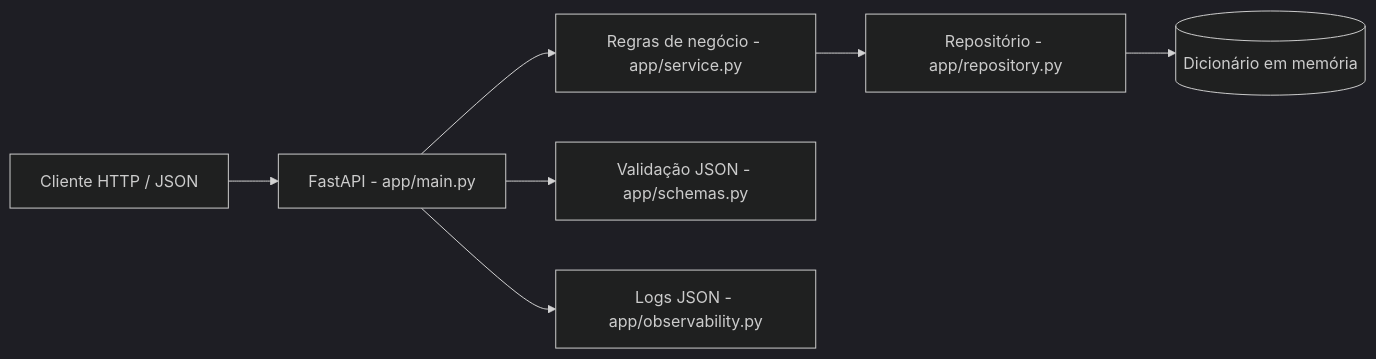
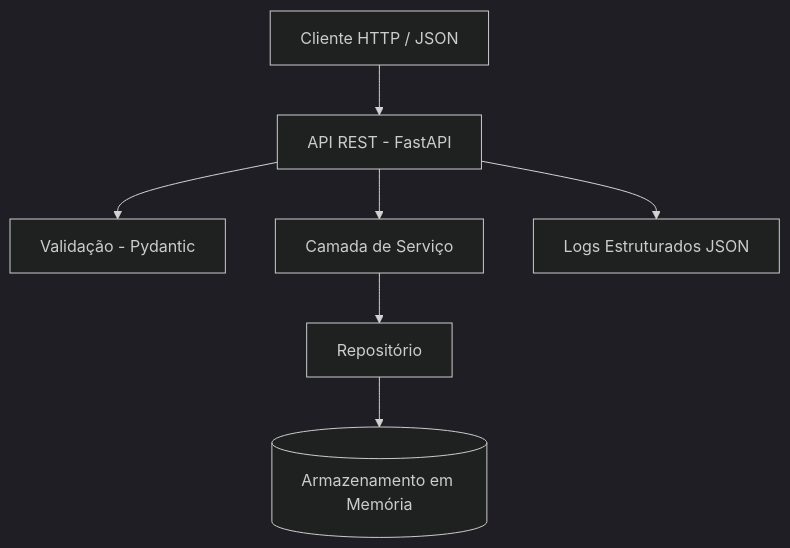
One commit to JoaoKraideM/cp5-soa changed the diagram in README.md. Above: the diagram before and after it, drawn with Mermaid (dark theme). The commit also changed other lines of this file, not shown here.

````diff
--- a/README.md
+++ b/README.md
@@ -126,9 +195,9 @@
 ```mermaid
-flowchart LR
-    Cliente[Cliente HTTP / JSON] --> API[FastAPI - app/main.py]
-    API --> Servico[Regras de negócio - app/service.py]
-    Servico --> Repo[Repositório - app/repository.py]
-    Repo --> Memoria[(Dicionário em memória)]
-    API --> Esquemas[Validação JSON - app/schemas.py]
-    API --> Logs[Logs JSON - app/observability.py]
+flowchart TD
+    A["Cliente HTTP / JSON"] --> B["API REST - FastAPI"]
+    B --> C["Validação - Pydantic"]
+    B --> D["Camada de Serviço"]
+    D --> E["Repositório"]
+    E --> F[("Armazenamento em Memória")]
+    B --> G["Logs Estruturados JSON"]
 ```
````
